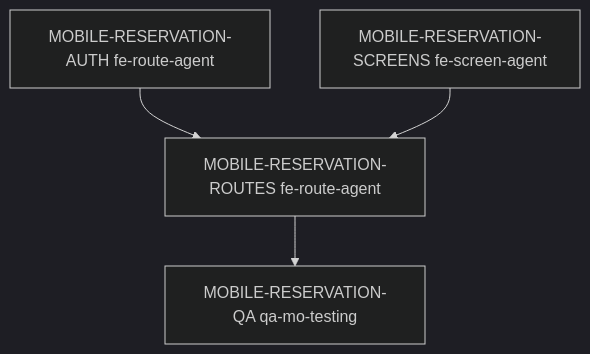
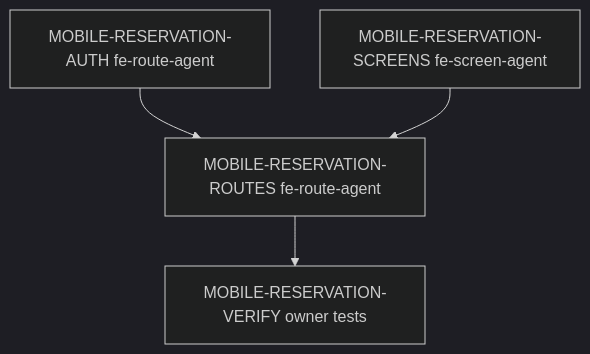
Before and after one commit to kimjoongwon/prj-core: the diagram in docs/services/mobile-reservation.delivery.spec.md, drawn with Mermaid (dark theme). The commit also changed other lines of this file and 413 other files, not shown here.

````diff
--- a/docs/services/mobile-reservation.delivery.spec.md
+++ b/docs/services/mobile-reservation.delivery.spec.md
@@ -89,6 +88,6 @@
 ```mermaid
 flowchart TD
   A["MOBILE-RESERVATION-AUTH fe-route-agent"] --> R["MOBILE-RESERVATION-ROUTES fe-route-agent"]
   S["MOBILE-RESERVATION-SCREENS fe-screen-agent"] --> R
-  R --> Q["MOBILE-RESERVATION-QA qa-mo-testing"]
+  R --> V["MOBILE-RESERVATION-VERIFY owner tests"]
 ```
````
